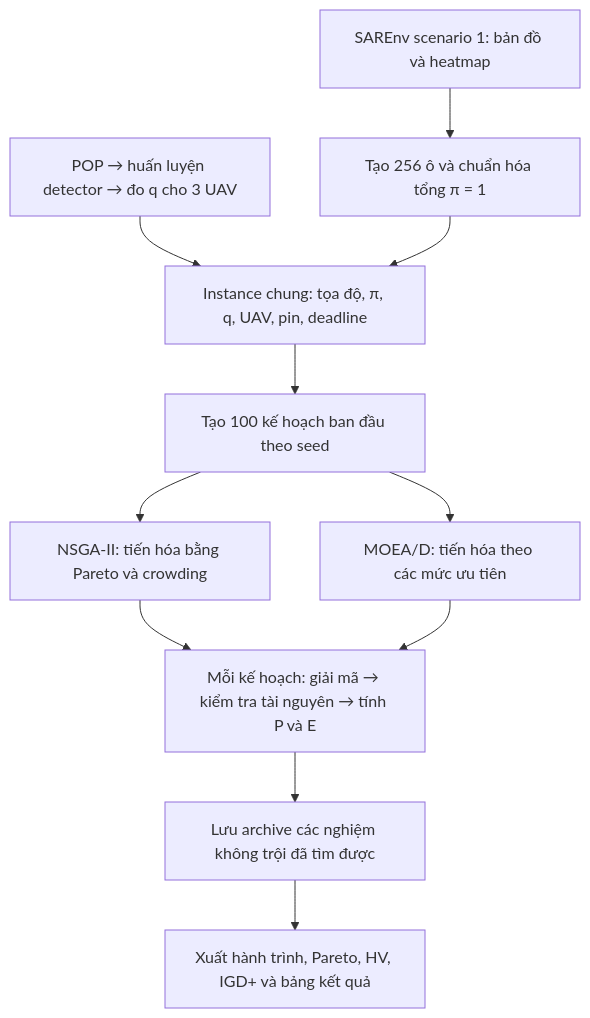
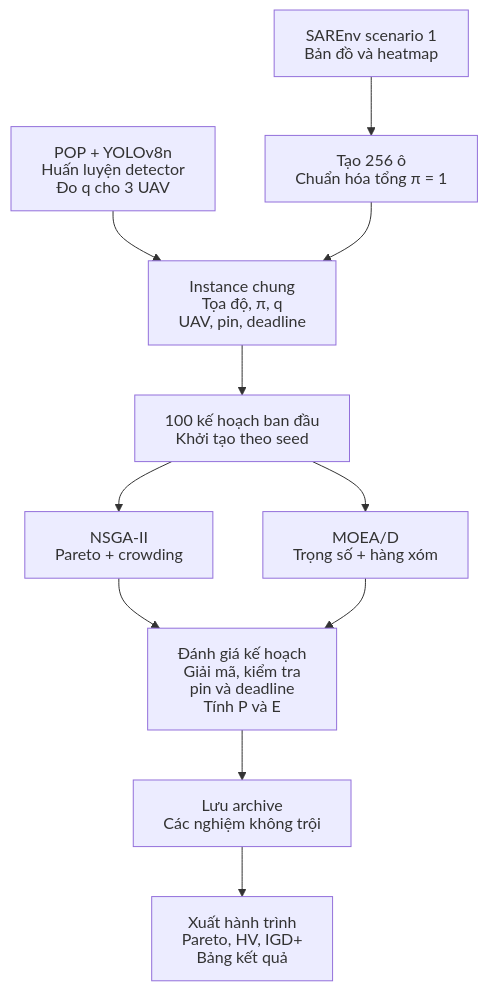
Before and after one commit to HuuKhanh19/UAV-SAR: the diagram in docs/modeling.md, drawn with Mermaid. The commit also changed other lines of this file, not shown here.

Commit message:
Fix remaining math and pipeline rendering in modeling docs

````diff
--- a/docs/modeling.md
+++ b/docs/modeling.md
@@ -140,13 +141,17 @@
 ```mermaid
+---
+config:
+  htmlLabels: false
+---
 flowchart TD
-    A["SAREnv scenario 1: bản đồ và heatmap"] --> C["Tạo 256 ô và chuẩn hóa tổng π = 1"]
-    B["POP → huấn luyện detector → đo q cho 3 UAV"] --> D["Instance chung: tọa độ, π, q, UAV, pin, deadline"]
+    A["SAREnv scenario 1<br/>Bản đồ và heatmap"] --> C["Tạo 256 ô<br/>Chuẩn hóa tổng π = 1"]
+    B["POP + YOLOv8n<br/>Huấn luyện detector<br/>Đo q cho 3 UAV"] --> D["Instance chung<br/>Tọa độ, π, q<br/>UAV, pin, deadline"]
     C --> D
-    D --> E["Tạo 100 kế hoạch ban đầu theo seed"]
-    E --> F["NSGA-II: tiến hóa bằng Pareto và crowding"]
-    E --> G["MOEA/D: tiến hóa theo các mức ưu tiên"]
-    F --> H["Mỗi kế hoạch: giải mã → kiểm tra tài nguyên → tính P và E"]
+    D --> E["100 kế hoạch ban đầu<br/>Khởi tạo theo seed"]
+    E --> F["NSGA-II<br/>Pareto + crowding"]
+    E --> G["MOEA/D<br/>Trọng số + hàng xóm"]
+    F --> H["Đánh giá kế hoạch<br/>Giải mã, kiểm tra<br/>pin và deadline<br/>Tính P và E"]
     G --> H
-    H --> I["Lưu archive các nghiệm không trội đã tìm được"]
-    I --> J["Xuất hành trình, Pareto, HV, IGD+ và bảng kết quả"]
+    H --> I["Lưu archive<br/>Các nghiệm không trội"]
+    I --> J["Xuất hành trình<br/>Pareto, HV, IGD+<br/>Bảng kết quả"]
 ```
````
